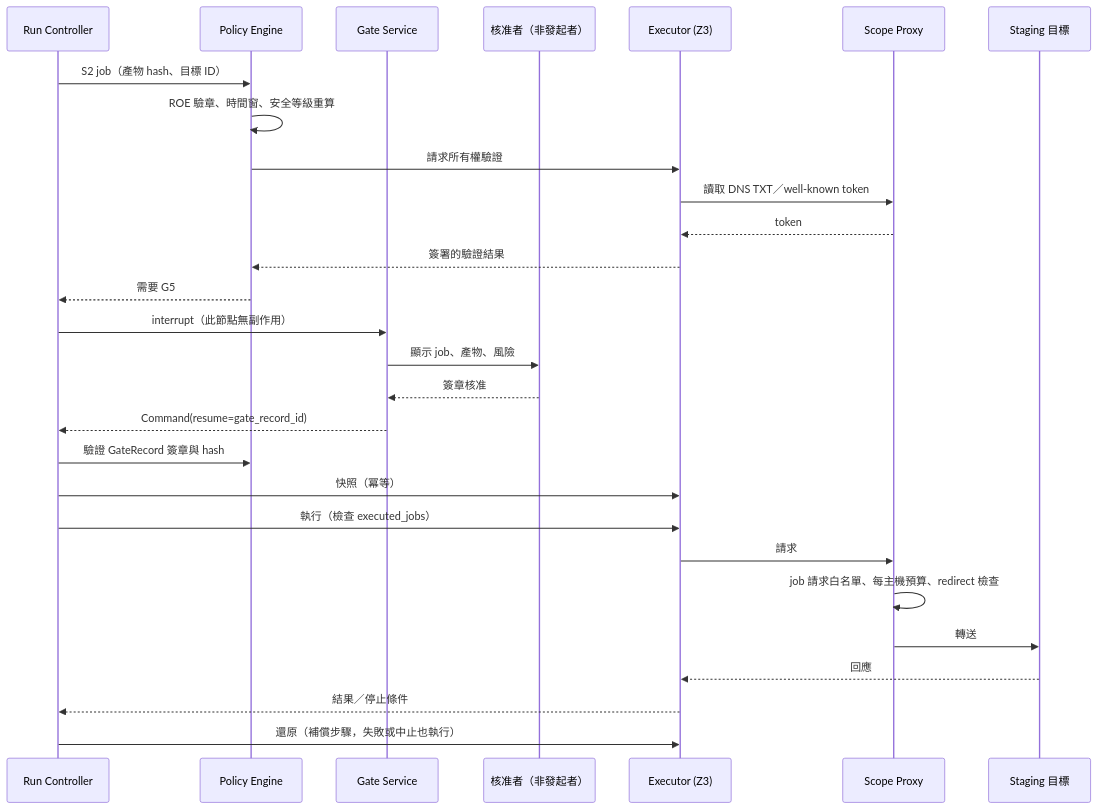
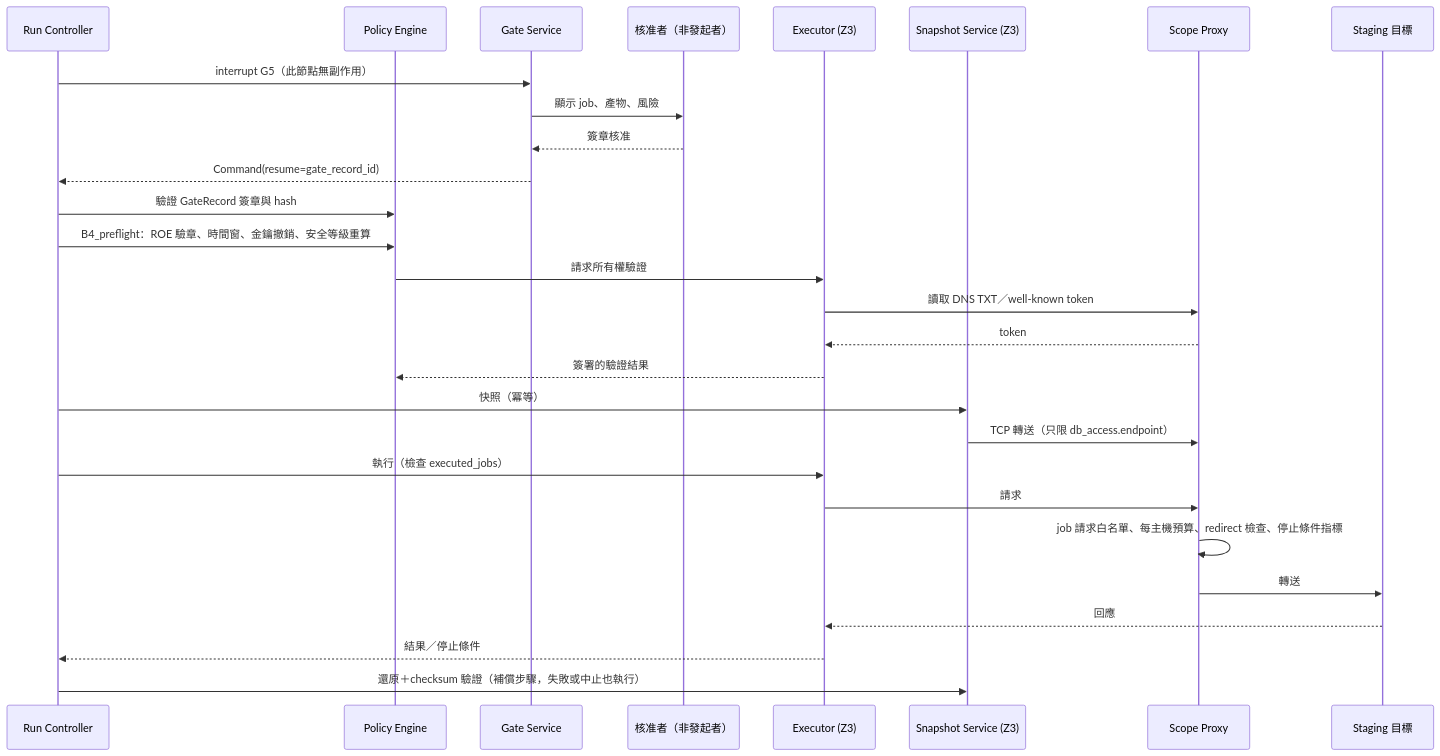
Before and after one commit to chinchiang/VibeCheckHarness: the tenth of 10 diagrams in docs/03-system-architecture.md, drawn with Mermaid. The commit also changed other lines of this file and 132 other files, not shown here.

````diff
--- a/docs/03-system-architecture.md
+++ b/docs/03-system-architecture.md
@@ -535,30 +1115,30 @@
 ```mermaid
 sequenceDiagram
   participant RC as Run Controller
   participant PE as Policy Engine
   participant GS as Gate Service
   participant H as 核准者（非發起者）
   participant EX as Executor (Z3)
+  participant SN as Snapshot Service (Z3)
   participant SP as Scope Proxy
   participant T as Staging 目標
-  RC->>PE: S2 job（產物 hash、目標 ID）
-  PE->>PE: ROE 驗章、時間窗、安全等級重算
+  RC->>GS: interrupt G5（此節點無副作用）
+  GS->>H: 顯示 job、產物、風險
+  H-->>GS: 簽章核准
+  GS-->>RC: Command(resume=gate_record_id)
+  RC->>PE: 驗證 GateRecord 簽章與 hash
+  RC->>PE: B4_preflight：ROE 驗章、時間窗、金鑰撤銷、安全等級重算
   PE->>EX: 請求所有權驗證
   EX->>SP: 讀取 DNS TXT／well-known token
   SP-->>EX: token
   EX-->>PE: 簽署的驗證結果
-  PE-->>RC: 需要 G5
-  RC->>GS: interrupt（此節點無副作用）
-  GS->>H: 顯示 job、產物、風險
-  H-->>GS: 簽章核准
-  GS-->>RC: Command(resume=gate_record_id)
-  RC->>PE: 驗證 GateRecord 簽章與 hash
-  RC->>EX: 快照（冪等）
+  RC->>SN: 快照（冪等）
+  SN->>SP: TCP 轉送（只限 db_access.endpoint）
   RC->>EX: 執行（檢查 executed_jobs）
   EX->>SP: 請求
-  SP->>SP: job 請求白名單、每主機預算、redirect 檢查
+  SP->>SP: job 請求白名單、每主機預算、redirect 檢查、停止條件指標
   SP->>T: 轉送
   T-->>EX: 回應
   EX-->>RC: 結果／停止條件
-  RC->>EX: 還原（補償步驟，失敗或中止也執行）
+  RC->>SN: 還原＋checksum 驗證（補償步驟，失敗或中止也執行）
 ```
````
